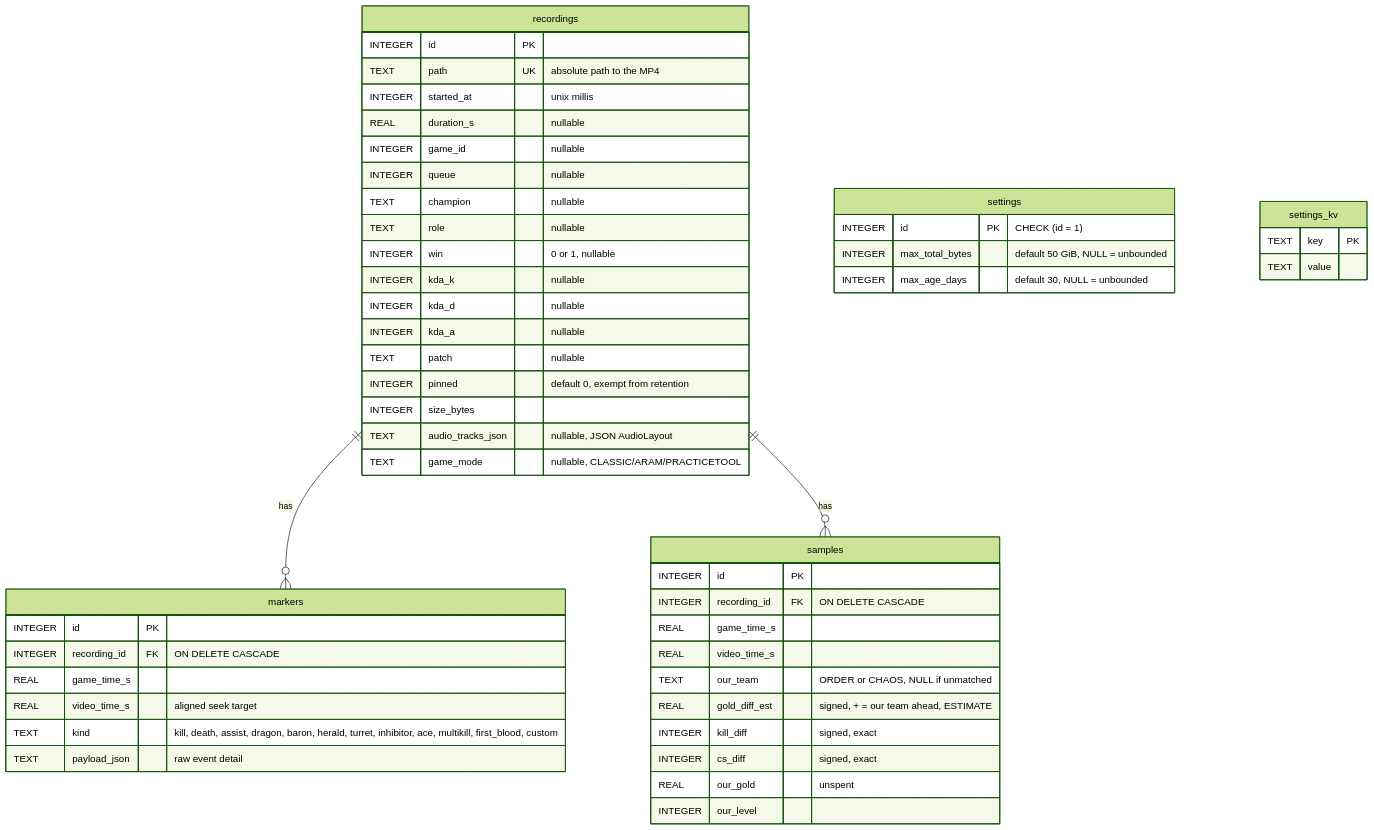
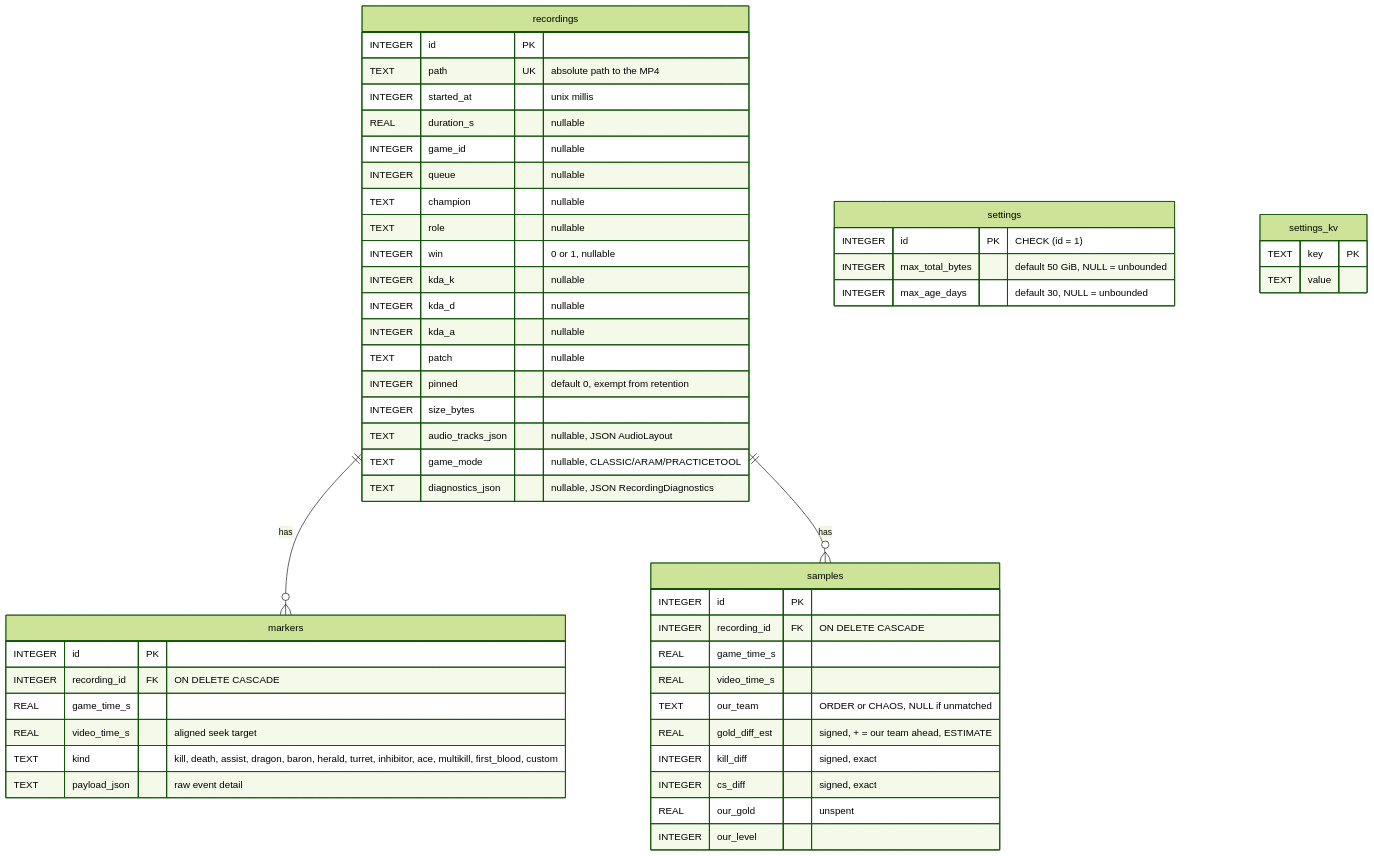
One commit to NinjaGoldfinch/ninja-recorder changed the first of 3 diagrams in docs/data-model.md. Above: the diagram before and after it, drawn with Mermaid (forest theme). The commit also changed other lines of this file and 8 other files, not shown here.

````diff
--- a/docs/data-model.md
+++ b/docs/data-model.md
@@ -15,54 +15,55 @@
 ```mermaid
 erDiagram
     recordings ||--o{ markers : "has"
     recordings ||--o{ samples : "has"
 
     recordings {
         INTEGER id PK
         TEXT    path UK "absolute path to the MP4"
         INTEGER started_at "unix millis"
         REAL    duration_s "nullable"
         INTEGER game_id "nullable"
         INTEGER queue "nullable"
         TEXT    champion "nullable"
         TEXT    role "nullable"
         INTEGER win "0 or 1, nullable"
         INTEGER kda_k "nullable"
         INTEGER kda_d "nullable"
         INTEGER kda_a "nullable"
         TEXT    patch "nullable"
         INTEGER pinned "default 0, exempt from retention"
         INTEGER size_bytes
         TEXT    audio_tracks_json "nullable, JSON AudioLayout"
         TEXT    game_mode "nullable, CLASSIC/ARAM/PRACTICETOOL"
+        TEXT    diagnostics_json "nullable, JSON RecordingDiagnostics"
     }
     markers {
         INTEGER id PK
         INTEGER recording_id FK "ON DELETE CASCADE"
         REAL    game_time_s
         REAL    video_time_s "aligned seek target"
         TEXT    kind "kill, death, assist, dragon, baron, herald, turret, inhibitor, ace, multikill, first_blood, custom"
         TEXT    payload_json "raw event detail"
     }
     samples {
         INTEGER id PK
         INTEGER recording_id FK "ON DELETE CASCADE"
         REAL    game_time_s
         REAL    video_time_s
         TEXT    our_team "ORDER or CHAOS, NULL if unmatched"
         REAL    gold_diff_est "signed, + = our team ahead, ESTIMATE"
         INTEGER kill_diff "signed, exact"
         INTEGER cs_diff "signed, exact"
         REAL    our_gold "unspent"
         INTEGER our_level
     }
     settings {
         INTEGER id PK "CHECK (id = 1)"
         INTEGER max_total_bytes "default 50 GiB, NULL = unbounded"
         INTEGER max_age_days "default 30, NULL = unbounded"
     }
     settings_kv {
         TEXT key PK
         TEXT value
     }
 ```
````
